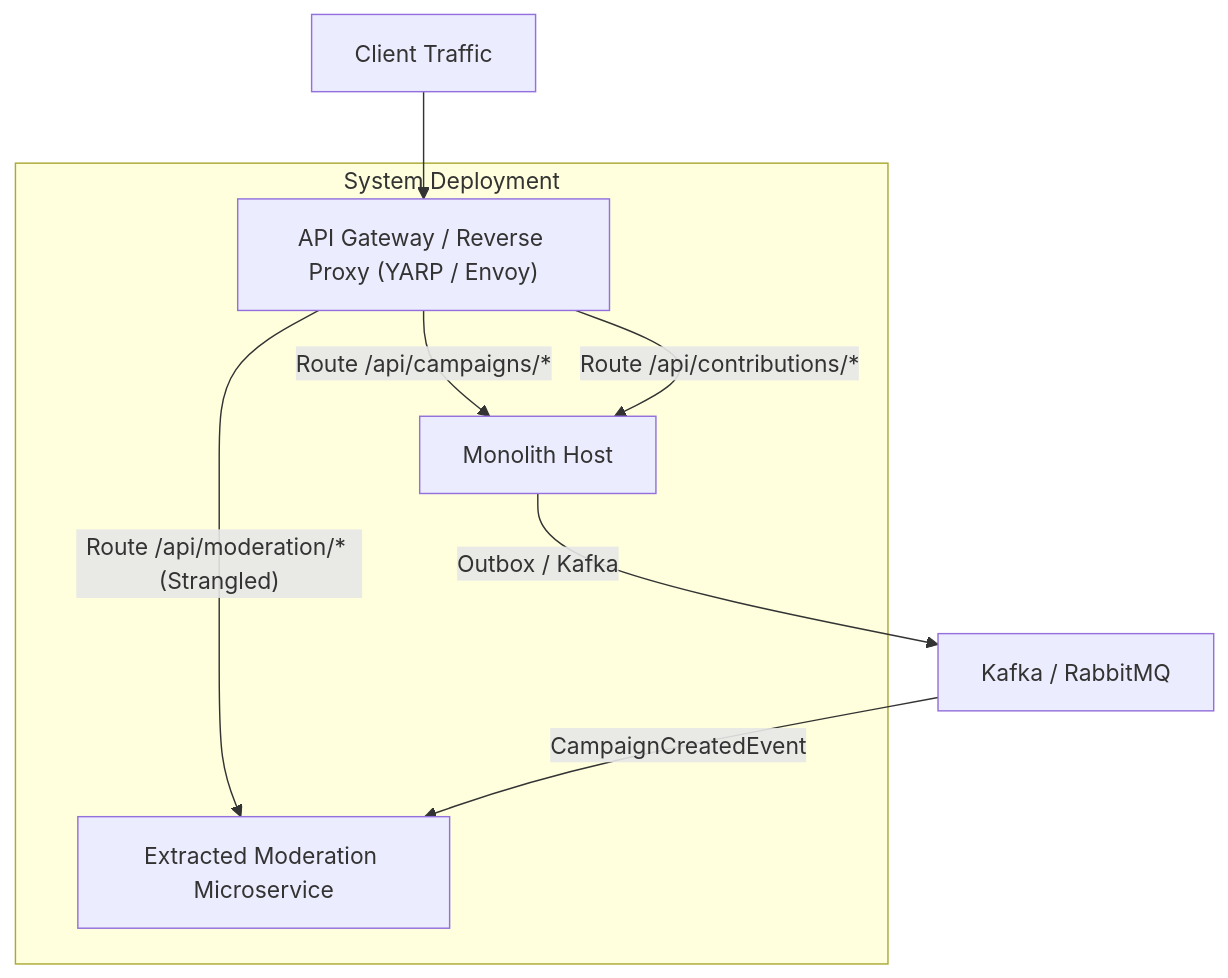
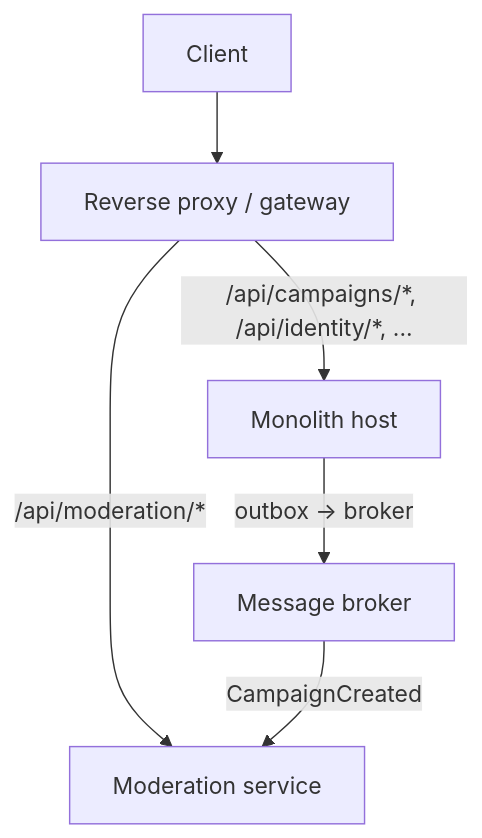
One commit to maysamgamini/crowdfundinghub changed the second of 2 diagrams in educational/01-architecture-paradigms/monolith-to-microservices-blueprint.md. Above: the diagram before and after it, drawn with Mermaid. The commit also changed other lines of this file and 203 other files, not shown here.

````diff
--- a/educational/01-architecture-paradigms/monolith-to-microservices-blueprint.md
+++ b/educational/01-architecture-paradigms/monolith-to-microservices-blueprint.md
@@ -108,13 +88,8 @@
 ```mermaid
 graph TD
-    Client["Client Traffic"] --> Gateway["API Gateway / Reverse Proxy (YARP / Envoy)"]
-    
-    subgraph DecomposedSystem["System Deployment"]
-        Gateway -- "Route /api/campaigns/*" --> Monolith["Monolith Host"]
-        Gateway -- "Route /api/contributions/*" --> Monolith
-        Gateway -- "Route /api/moderation/* (Strangled)" --> ModService["Extracted Moderation Microservice"]
-    end
-
-    Monolith -- "Outbox / Kafka" --> Broker["Kafka / RabbitMQ"]
-    Broker -- "CampaignCreatedEvent" --> ModService
+    Client["Client"] --> Gateway["Reverse proxy / gateway"]
+    Gateway -- "/api/campaigns/*, /api/identity/*, ..." --> Monolith["Monolith host"]
+    Gateway -- "/api/moderation/*" --> ModService["Moderation service"]
+    Monolith -- "outbox -> broker" --> Broker["Message broker"]
+    Broker -- "CampaignCreated" --> ModService
 ```
````
